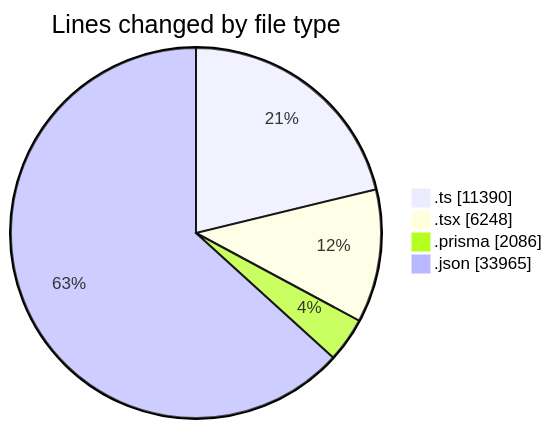
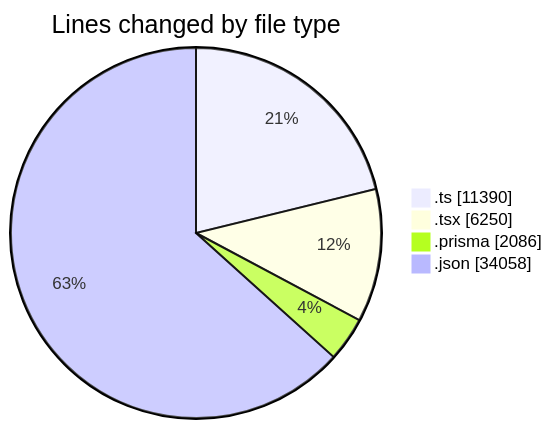
Before and after one commit to CELIANVF/code-tracking: the first of 2 diagrams in 2025-05-19/ecodeli-1/README.md, drawn with Mermaid. The commit also changed other lines of this file and 1 other file, not shown here.

````diff
--- a/2025-05-19/ecodeli-1/README.md
+++ b/2025-05-19/ecodeli-1/README.md
@@ -67,8 +67,8 @@
 ```mermaid
 pie showData
 title Lines changed by file type
 ".ts" : 11390
-".tsx" : 6248
+".tsx" : 6250
 ".prisma" : 2086
-".json" : 33965
+".json" : 34058
 ```
````
